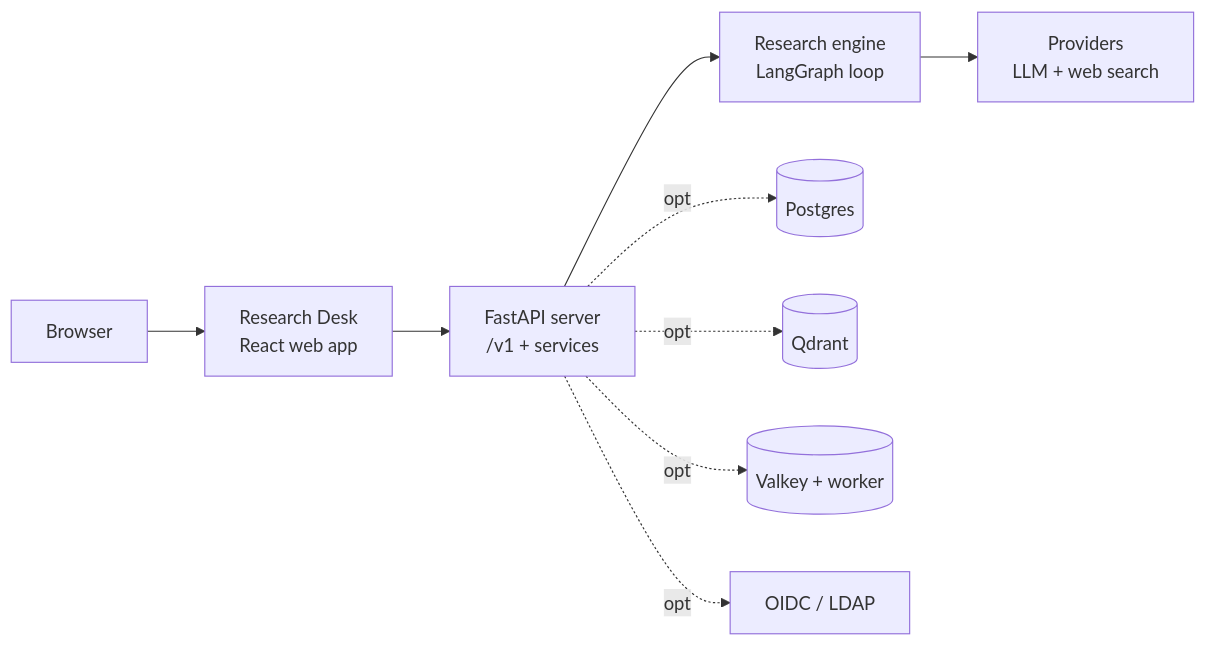
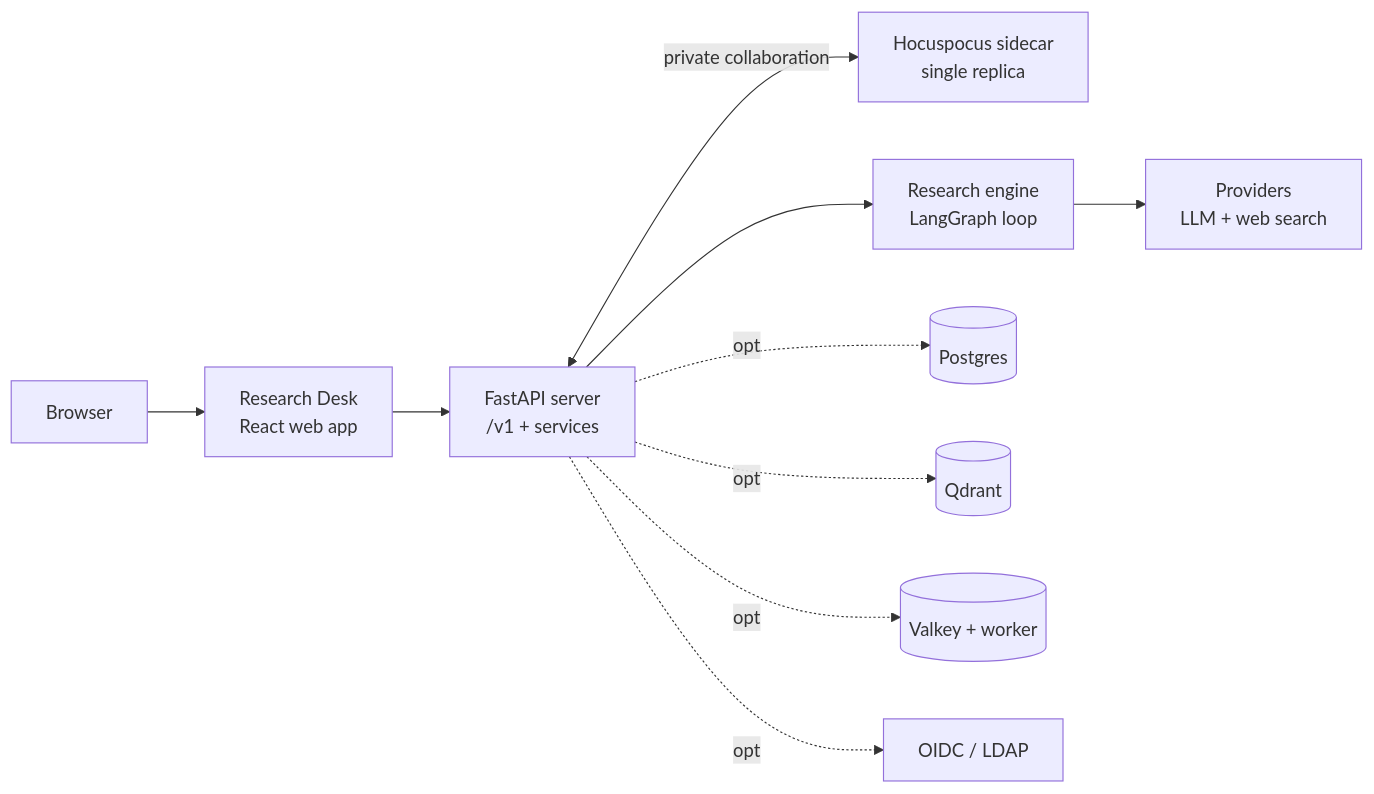
Before and after one commit to BZandi/inqtrix: the diagram in README.md, drawn with Mermaid. The commit also changed other lines of this file and 699 other files, not shown here.

````diff
--- a/README.md
+++ b/README.md
@@ -734,11 +741,12 @@
 ```mermaid
 flowchart LR
     B["Browser"] --> W["Research Desk<br/>React web app"]
     W --> A["FastAPI server<br/>/v1 + services"]
+    A <-->|"private collaboration"| C["Hocuspocus sidecar<br/>single replica"]
     A --> E["Research engine<br/>LangGraph loop"]
     E --> P["Providers<br/>LLM + web search"]
     A -. opt .-> PG[("Postgres")]
     A -. opt .-> Q[("Qdrant")]
     A -. opt .-> V[("Valkey + worker")]
     A -. opt .-> ID["OIDC / LDAP"]
 ```
````
